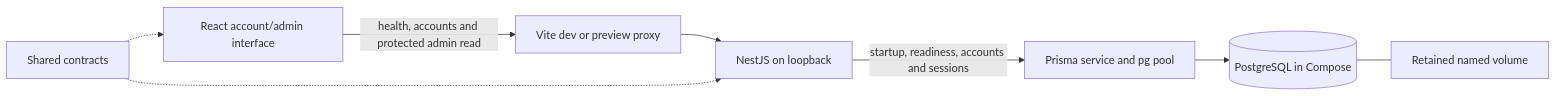
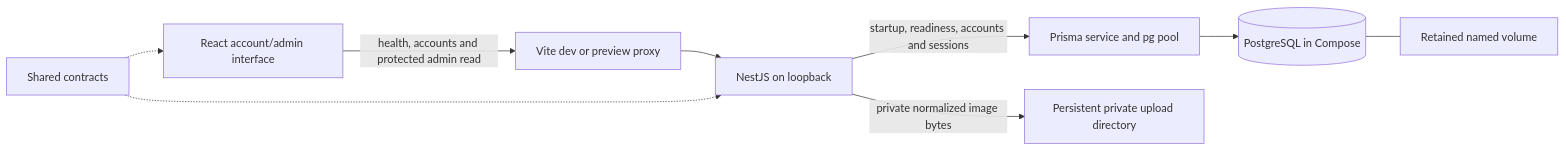
One commit to BecauseOfCourse-prog/webwargame changed the diagram in docs/specs/0002-project-context.md. Above: the diagram before and after it, drawn with Mermaid. The commit also changed other lines of this file and 25 other files, not shown here.

Commit message:
Implement T09 private image storage and fix quota isolation

````diff
--- a/docs/specs/0002-project-context.md
+++ b/docs/specs/0002-project-context.md
@@ -56,10 +58,11 @@
 ```mermaid
 flowchart LR
   Browser[React account/admin interface] -->|health, accounts and protected admin read| Proxy[Vite dev or preview proxy]
   Proxy --> API[NestJS on loopback]
   API -->|startup, readiness, accounts and sessions| Prisma[Prisma service and pg pool]
   Prisma --> PG[(PostgreSQL in Compose)]
   PG --- Volume[Retained named volume]
+  API -->|private normalized image bytes| Uploads[Persistent private upload directory]
   Contracts[Shared contracts] -.-> Browser
   Contracts -.-> API
 ```
````
